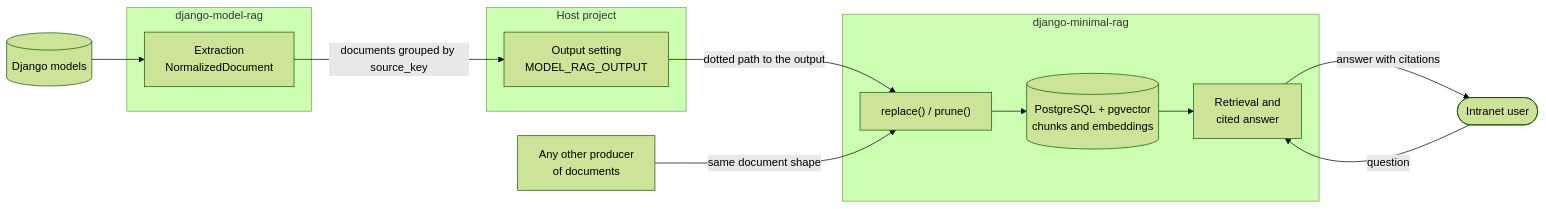
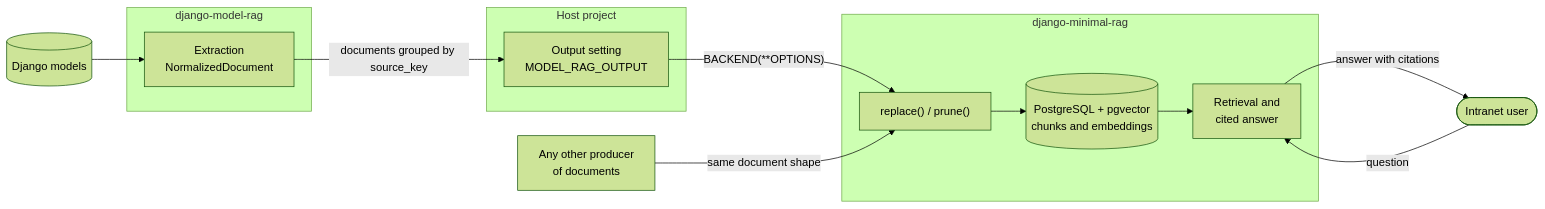
The first of 2 diagrams in ROADMAP.md (gtolivier/django-minimal-rag), drawn with Mermaid (forest theme) before and after one commit. The commit also changed other lines of this file, not shown here.

First line of the commit message:
docs: address the roadmap's review comments

````diff
--- a/ROADMAP.md
+++ b/ROADMAP.md
@@ -16,25 +16,25 @@
 ```mermaid
 flowchart LR
     models[("Django models")]
     other["Any other producer<br/>of documents"]
     subgraph modelrag ["django-model-rag"]
         extract["Extraction<br/>NormalizedDocument"]
     end
     subgraph host ["Host project"]
         setting["Output setting<br/>MODEL_RAG_OUTPUT"]
     end
     subgraph minimal ["django-minimal-rag"]
         output["replace() / prune()"]
         store[("PostgreSQL + pgvector<br/>chunks and embeddings")]
         answer["Retrieval and<br/>cited answer"]
         output --> store --> answer
     end
     user(["Intranet user"])
 
     models --> extract
     extract -- "documents grouped by source_key" --> setting
-    setting -- "dotted path to the output" --> output
+    setting -- "BACKEND(**OPTIONS)" --> output
     other -- "same document shape" --> output
     user -- "question" --> answer
     answer -- "answer with citations" --> user
 ```
````
